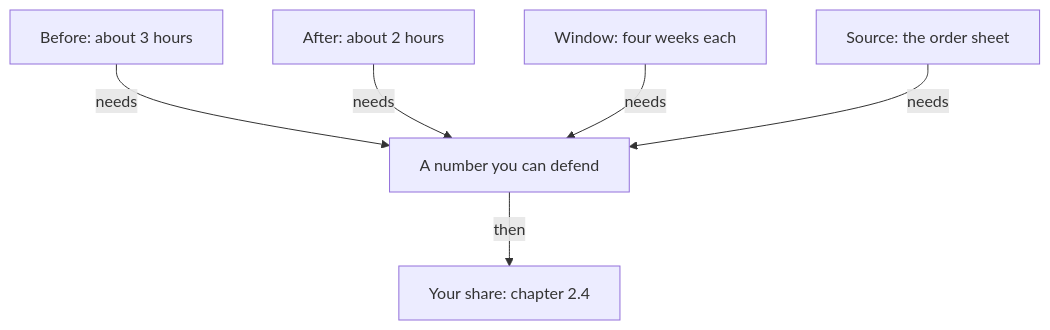
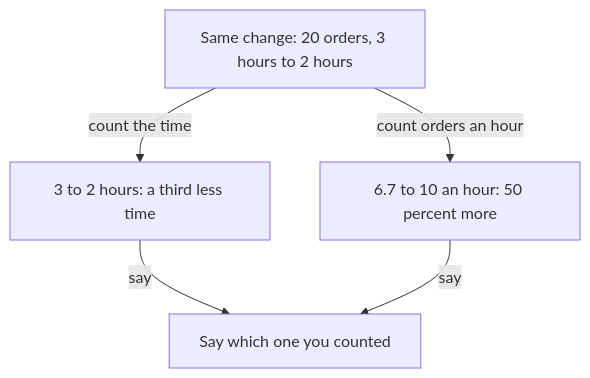
One commit to devweekends/Buildment changed the diagram in courses/founder-interviews/02-impact-with-honest-numbers/02.02-a-number-needs-a-before.md. Above: the diagram before and after it, drawn with Mermaid. The commit also changed other lines of this file and 12 other files, not shown here.

````diff
--- a/courses/founder-interviews/02-impact-with-honest-numbers/02.02-a-number-needs-a-before.md
+++ b/courses/founder-interviews/02-impact-with-honest-numbers/02.02-a-number-needs-a-before.md
@@ -63,8 +65,7 @@
 ```mermaid
 flowchart TD
-  A["Before: about 3 hours"] -->|"needs"| E["A number you can defend"]
-  B["After: about 2 hours"] -->|"needs"| E
-  C["Window: four weeks each"] -->|"needs"| E
-  D["Source: the order sheet"] -->|"needs"| E
-  E -->|"then"| F["Your share: chapter 2.4"]
+  A["Same change: 20 orders, 3 hours to 2 hours"] -->|"count the time"| B["3 to 2 hours: a third less time"]
+  A -->|"count orders an hour"| C["6.7 to 10 an hour: 50 percent more"]
+  B -->|"say"| D["Say which one you counted"]
+  C -->|"say"| D
 ```
````
